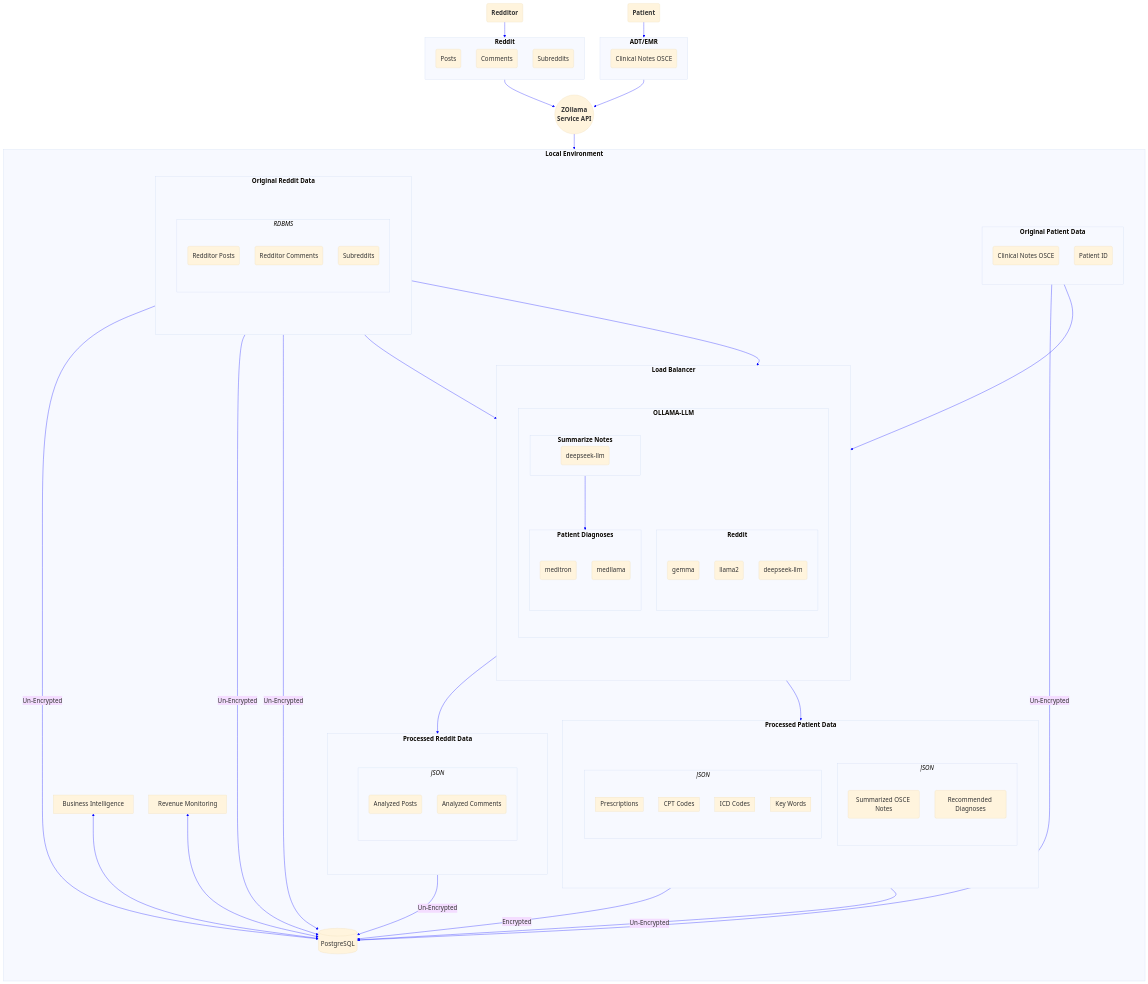
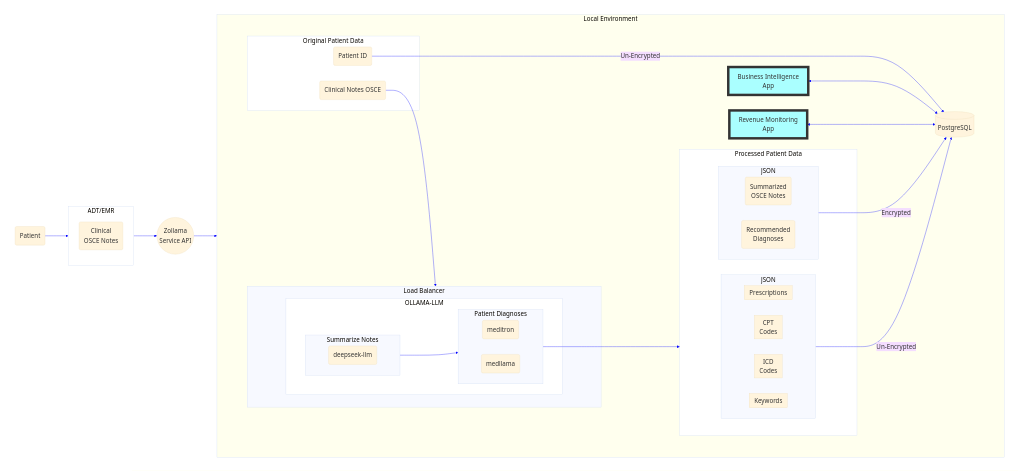
Before and after one commit to ovaisq/LLM-MedBillingForecast: the first of 3 diagrams in README.md, drawn with Mermaid. The commit also changed other lines of this file and 2 other files, not shown here.

Commit message:
Splitting ZOllama from ROllama

````diff
--- a/README.md
+++ b/README.md
@@ -5,137 +5,105 @@
 ```mermaid
 %%{init: {'theme': 'base', "loglevel":1,'themeVariables': {'lineColor': 'Blue', 'fontSize':'20px',"fontFamily": "Trebuchet MS"}}}%%
 flowchart TD
+style G fill:#aff,stroke:#333,stroke-width:8px
+style H fill:#aff,stroke:#333,stroke-width:8px
+style OLLAMA-LLM fill:#fff,stroke:#333stroke-witdh:0px
+style ProcessedPatientData fill:#fff
+style OriginalPatientData fill:#fff
+style Local fill:#ffe
+style EMR fill:#fff
+style Z fill:
+subgraph subgraph_padding6[ ]
+
     classDef subgraph_padding fill:none,stroke:none
-    Z(("`**ZOllama
-    Service API**`"))
-    A(gemma)
-    AZA(llama2)
-    AZB(deepseek-llm)
+    Z(("Zollama
+    Service API"))
     B(meditron)
     BA(medllama)
-    C("`**Patient**`")
-    F("`**Redditor**`")
+    C("Patient")
     D[(PostgreSQL)]
-    G["Business Intelligence"]
-    H["Revenue Monitoring"]
-    AE(Posts)
-    AF(Comments)
-    AG(Subreddits)
-    CAC(Clinical Notes OSCE)
-    Reddit --> Z
+    G["Business Intelligence
+    App"]
+    H["Revenue Monitoring
+    App"]
+    CAC("Clinical 
+    OSCE Notes")
     C --> EMR
     EMR --> Z
     Z --> Local
-    F --> Reddit
 
+subgraph Local["Local Environment"]
 
-subgraph Local["`**Local Environment**`"]
-direction TB
 subgraph subgraph_padding5[ ]
-direction TB
 PatientOllama --> ProcessedPatientData
-RedditOllama --> ProcessedRedditData
 PJSON -- Encrypted --> D
-ProcessedRedditData -- "Un-Encrypted" --> D
-RDD --> LoadBalancer
-RDE --> LoadBalancer
-RDD --"Un-Encrypted"--> D
-RDE --"Un-Encrypted"--> D
-RDC --"Un-Encrypted"--> D
+
 OPDA --> LoadBalancer
 Summary --> PatientOllama
 OPDB -- "Un-Encrypted" --> D
 PPJSON -- "Un-Encrypted" --> D
 G <--> D
 H <--> D
-
-subgraph OriginalPatientData["`**Original Patient Data**`"]
-direction TB
+subgraph OriginalPatientData["Original Patient Data"]
 OPDA(Clinical Notes OSCE)
 OPDB(Patient ID)
 end
-subgraph RedditData["`**Original Reddit Data**`"]
-direction TB
-subgraph subgraph_padding4[ ]
-direction TB
-subgraph RDBMS["`_RDBMS_`"]
-direction TB
-    RDD(Redditor Posts)
-    RDE(Redditor Comments)
-    RDC(Subreddits)
-end
-end
-end
-subgraph LoadBalancer["`**Load Balancer**`"]
-direction TB
+
+subgraph LoadBalancer["Load Balancer"]
 subgraph subgraph_padding3[ ]
-direction TB
-subgraph OLLAMA-LLM["`**OLLAMA-LLM**`"]
-direction TB
-subgraph RedditOllama["`**Reddit**`"]
-direction TB
-    A
-    AZA
-    AZB
-end
-subgraph Summary["`**Summarize Notes**`" ]
+subgraph OLLAMA-LLM["OLLAMA-LLM"]
+subgraph Summary["Summarize Notes"]
     SA(deepseek-llm)
 end
-subgraph PatientOllama["`**Patient Diagnoses**`"]
-direction TB
+subgraph PatientOllama["Patient Diagnoses"]
     B
     BA
 end
 end
 end
 end
-subgraph ProcessedPatientData["`**Processed Patient Data**`"]
-    direction TB
+subgraph ProcessedPatientData["Processed Patient Data"]
+
     subgraph subgraph_padding2[ ]
-        direction TB
-        subgraph PJSON["`_JSON_`"]
-            direction TB
-            PDB(Summarized OSCE Notes)
-            PDC(Recommended Diagnoses)
+
+        subgraph PJSON["JSON"]
+
+            PDB("Summarized
+            OSCE Notes")
+            PDC("Recommended
+            Diagnoses")
         end
-        subgraph PPJSON["`_JSON_`"]
-            direction TB
-            subgraph DiagnosticKeyWords["Key Words"]
+        subgraph PPJSON["JSON"]
+
+            subgraph DiagnosticKeyWords["Keywords"]
+
             end
-            subgraph ICD["ICD Codes"]
+            subgraph ICD["ICD
+            Codes"]
+
             end
-            subgraph CPT["CPT Codes"]
+            subgraph CPT["CPT
+            Codes"]
+
             end
             subgraph PRESCRIPTION["Prescriptions"]
+
             end
         end
     end
 end
-subgraph ProcessedRedditData["`**Processed Reddit Data**`"]
-subgraph subgraph_padding1[ ]
-    direction TB
-subgraph JSON["`_JSON_`"]
-    direction TB
-    RDA(Analyzed Posts)
-    RDB(Analyzed Comments)
+
 end
 end
-end
-end
-end
-subgraph EMR["`**ADT/EMR**`"]
-direction TB
+subgraph EMR["ADT/EMR"]
+
     CAC
 end
-subgraph Reddit["`**Reddit**`"]
-direction TB
-    AE
-    AF
-    AG
 end
 class subgraph_padding1 subgraph_padding
 class subgraph_padding2 subgraph_padding
 class subgraph_padding3 subgraph_padding
 class subgraph_padding4 subgraph_padding
 class subgraph_padding5 subgraph_padding
+class subgraph_padding6 subgraph_padding
 ```
````
